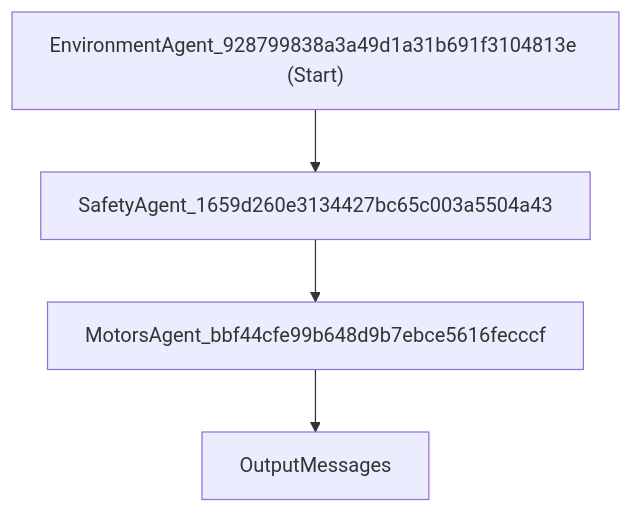
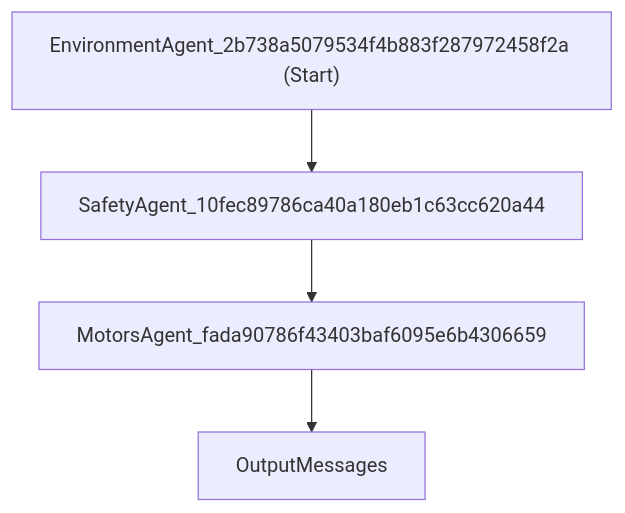
Before and after one commit to dcostea/AgentFrameworkBook: the diagram in 12.AgentsOrchestration/SequentialOrchestration/workflow.md, drawn with Mermaid. The commit also changed 22 other files, not shown here.

````diff
--- a/12.AgentsOrchestration/SequentialOrchestration/workflow.md
+++ b/12.AgentsOrchestration/SequentialOrchestration/workflow.md
@@ -3,10 +3,10 @@
 ```mermaid
 flowchart TD
-  EnvironmentAgent_928799838a3a49d1a31b691f3104813e["EnvironmentAgent_928799838a3a49d1a31b691f3104813e (Start)"];
-  SafetyAgent_1659d260e3134427bc65c003a5504a43["SafetyAgent_1659d260e3134427bc65c003a5504a43"];
-  MotorsAgent_bbf44cfe99b648d9b7ebce5616fecccf["MotorsAgent_bbf44cfe99b648d9b7ebce5616fecccf"];
+  EnvironmentAgent_2b738a5079534f4b883f287972458f2a["EnvironmentAgent_2b738a5079534f4b883f287972458f2a (Start)"];
+  SafetyAgent_10fec89786ca40a180eb1c63cc620a44["SafetyAgent_10fec89786ca40a180eb1c63cc620a44"];
+  MotorsAgent_fada90786f43403baf6095e6b4306659["MotorsAgent_fada90786f43403baf6095e6b4306659"];
   OutputMessages["OutputMessages"];
-  EnvironmentAgent_928799838a3a49d1a31b691f3104813e --> SafetyAgent_1659d260e3134427bc65c003a5504a43;
-  SafetyAgent_1659d260e3134427bc65c003a5504a43 --> MotorsAgent_bbf44cfe99b648d9b7ebce5616fecccf;
-  MotorsAgent_bbf44cfe99b648d9b7ebce5616fecccf --> OutputMessages;
+  EnvironmentAgent_2b738a5079534f4b883f287972458f2a --> SafetyAgent_10fec89786ca40a180eb1c63cc620a44;
+  SafetyAgent_10fec89786ca40a180eb1c63cc620a44 --> MotorsAgent_fada90786f43403baf6095e6b4306659;
+  MotorsAgent_fada90786f43403baf6095e6b4306659 --> OutputMessages;
 ```
````
